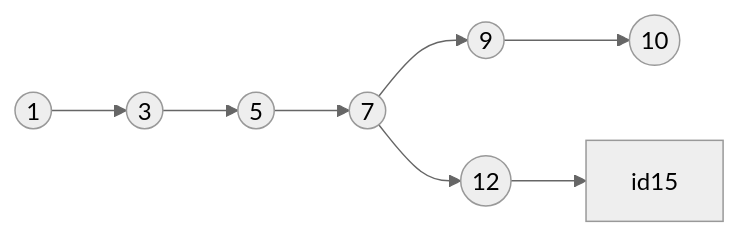
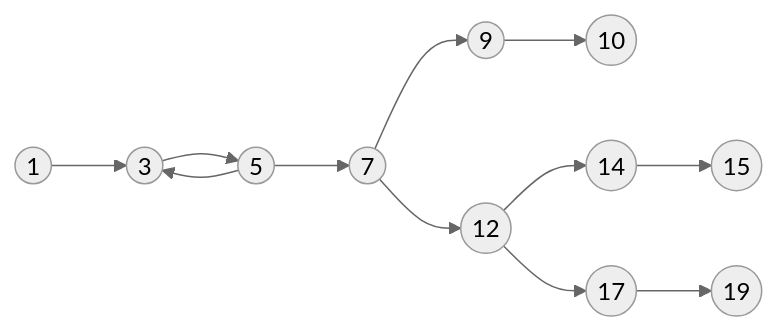
The diagram in Software Testing/Program Graphs.md (sd4483/Obsidian), drawn with Mermaid (neutral theme) before and after one commit. The commit also changed other lines of this file and 1 other file, not shown here.

````diff
--- a/Software Testing/Program Graphs.md
+++ b/Software Testing/Program Graphs.md
@@ -48,5 +48,7 @@
 ```mermaid
 flowchart LR
 	id1((1)) --> id3((3)) --> id5((5)) --> id7((7)) --> id9((9)) --> id10((10))
-	id7 --> id12((12)) --> id15
+	id5 --> id3
+	id7 --> id12((12)) --> id14((14)) --> id15((15))
+	id12 --> id17((17)) --> id19((19))
 ```
````
